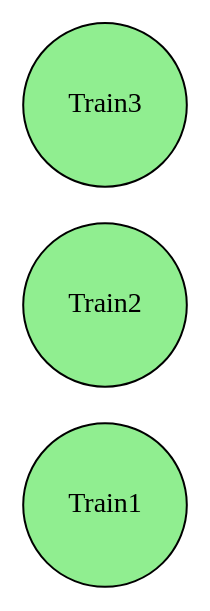
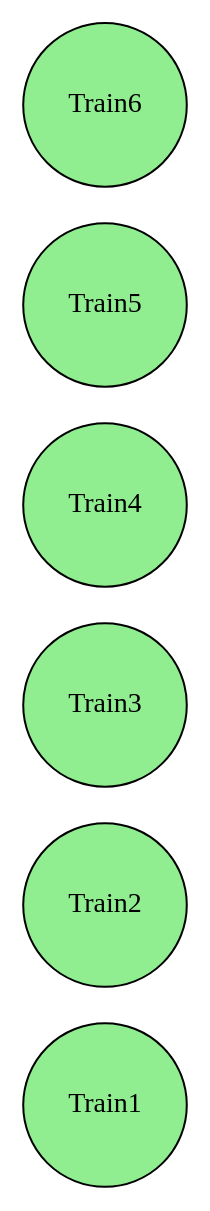
The diagram in rag.dot (Epsilon157/Group-D), drawn with Graphviz before and after one commit. The commit also changed 8 other files, not shown here.

```diff
--- a/rag.dot
+++ b/rag.dot
@@ -1,7 +1,10 @@
 digraph RAG {
   rankdir=LR;
   node [shape=rectangle, style=filled, fillcolor=lightblue];
   "Train1" [shape=circle, fillcolor=lightgreen];
   "Train2" [shape=circle, fillcolor=lightgreen];
   "Train3" [shape=circle, fillcolor=lightgreen];
+  "Train4" [shape=circle, fillcolor=lightgreen];
+  "Train5" [shape=circle, fillcolor=lightgreen];
+  "Train6" [shape=circle, fillcolor=lightgreen];
 }
```
